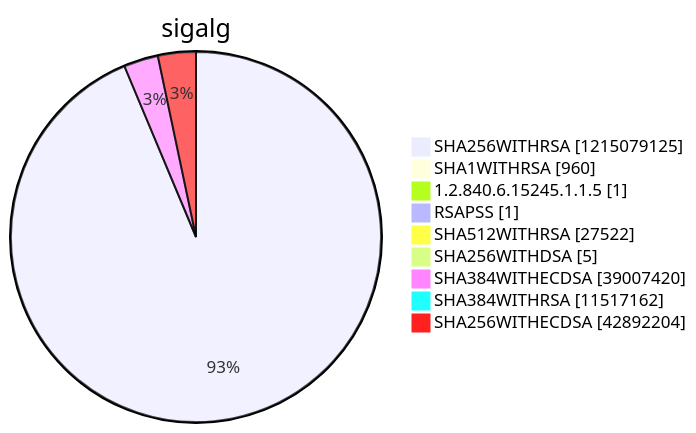
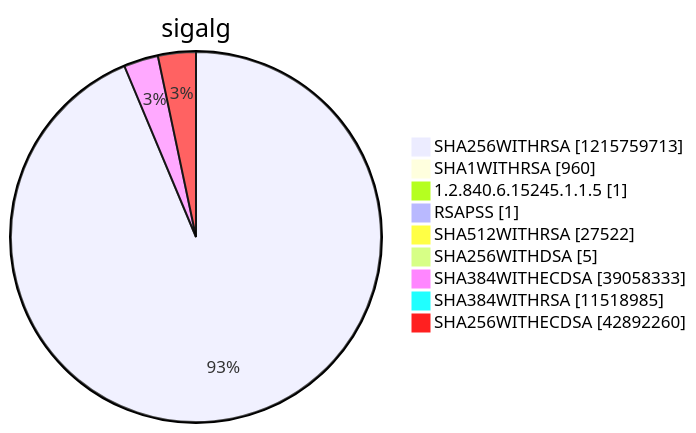
Before and after one commit to christiankrug/ctmonitor_visualization: diagram 15 of 15 in argon2022/README.md, drawn with Mermaid. The commit also changed other lines of this file, not shown here.

````diff
--- a/argon2022/README.md
+++ b/argon2022/README.md
@@ -5521,13 +5521,13 @@
 ```mermaid
 pie showData
 title sigalg
-"SHA256WITHRSA" :1215079125
+"SHA256WITHRSA" :1215759713
 "SHA1WITHRSA" :960
 "1.2.840.6.15245.1.1.5" :1
 "RSAPSS" :1
 "SHA512WITHRSA" :27522
 "SHA256WITHDSA" :5
-"SHA384WITHECDSA" :39007420
-"SHA384WITHRSA" :11517162
-"SHA256WITHECDSA" :42892204
+"SHA384WITHECDSA" :39058333
+"SHA384WITHRSA" :11518985
+"SHA256WITHECDSA" :42892260
 ```
````
